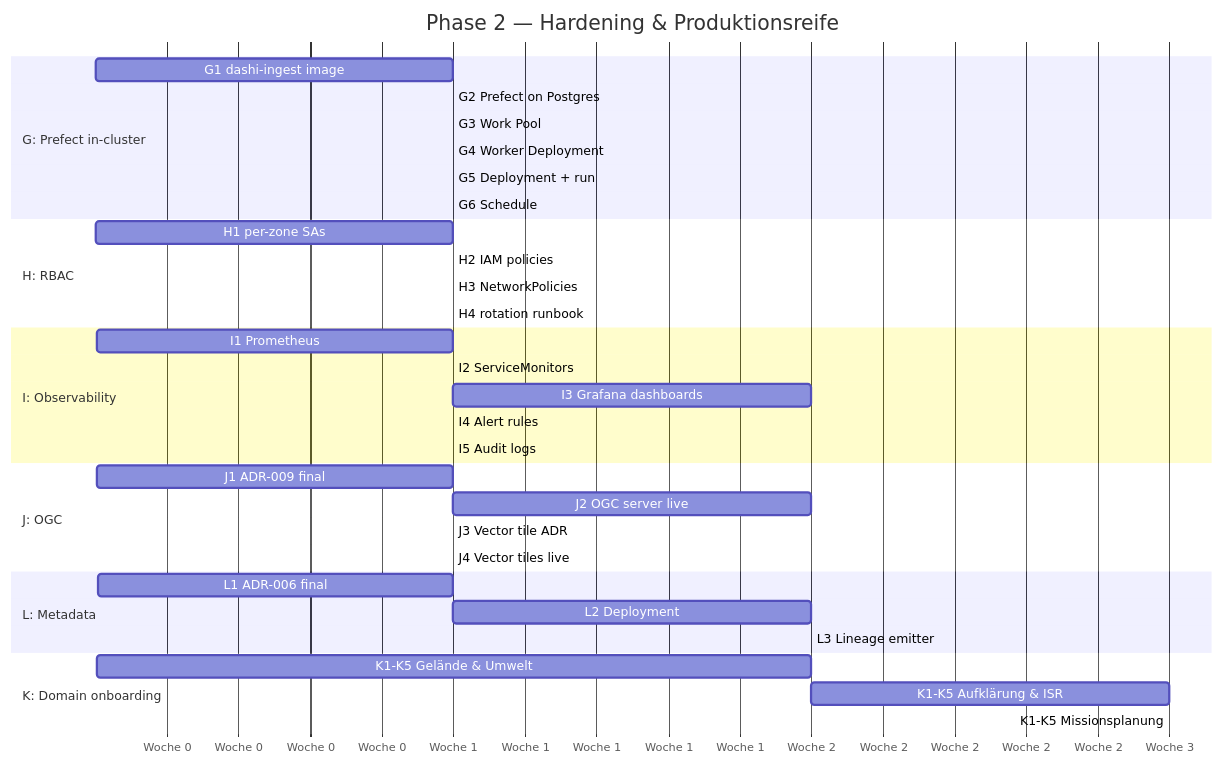
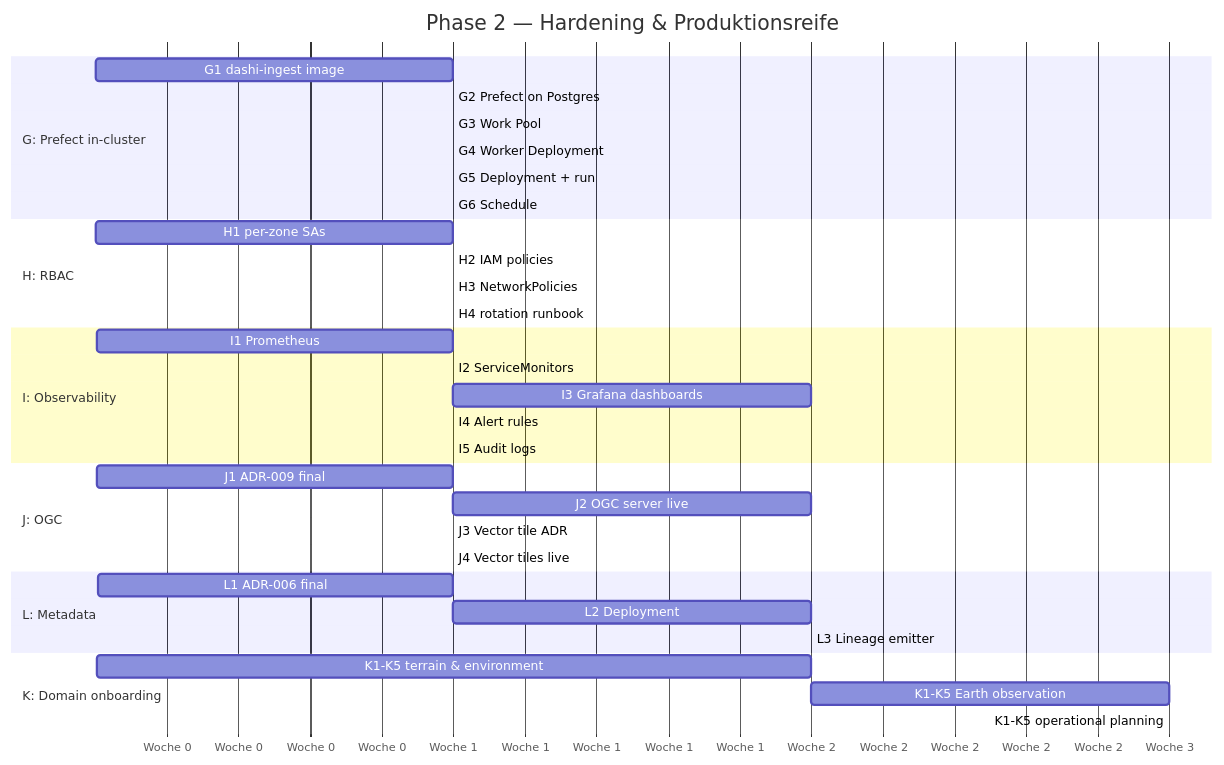
One commit to marcosci/dashi changed the diagram in docs/PHASE-2-ROADMAP.md. Above: the diagram before and after it, drawn with Mermaid. The commit also changed other lines of this file and 36 other files, not shown here.

````diff
--- a/docs/PHASE-2-ROADMAP.md
+++ b/docs/PHASE-2-ROADMAP.md
@@ -93,43 +93,43 @@
 ```mermaid
 gantt
     title Phase 2 — Hardening & Produktionsreife
     dateFormat X
     axisFormat Woche %s
 
     section G: Prefect in-cluster
     G1 dashi-ingest image   :g1, 1, 1
     G2 Prefect on Postgres :g2, after g1, 1
     G3 Work Pool           :g3, after g2, 1
     G4 Worker Deployment   :g4, after g3, 1
     G5 Deployment + run    :g5, after g4, 1
     G6 Schedule            :g6, after g5, 1
 
     section H: RBAC
     H1 per-zone SAs        :h1, 2, 1
     H2 IAM policies        :h2, after h1, 1
     H3 NetworkPolicies     :h3, after h2, 1
     H4 rotation runbook    :h4, after h3, 1
 
     section I: Observability
     I1 Prometheus          :i1, 3, 1
     I2 ServiceMonitors     :i2, after i1, 1
     I3 Grafana dashboards  :i3, after i2, 2
     I4 Alert rules         :i4, after i3, 1
     I5 Audit logs          :i5, after i4, 1
 
     section J: OGC
     J1 ADR-009 final       :j1, 5, 1
     J2 OGC server live     :j2, after j1, 2
     J3 Vector tile ADR     :j3, after j2, 1
     J4 Vector tiles live   :j4, after j3, 1
 
     section L: Metadata
     L1 ADR-006 final       :l1, 6, 1
     L2 Deployment          :l2, after l1, 2
     L3 Lineage emitter     :l3, after l2, 2
 
     section K: Domain onboarding
-    K1-K5 Gelände & Umwelt :k1, 4, 2
-    K1-K5 Aufklärung & ISR :k2, after k1, 3
-    K1-K5 Missionsplanung  :k3, after k2, 3
+    K1-K5 terrain & environment :k1, 4, 2
+    K1-K5 Earth observation :k2, after k1, 3
+    K1-K5 operational planning :k3, after k2, 3
 ```
````
